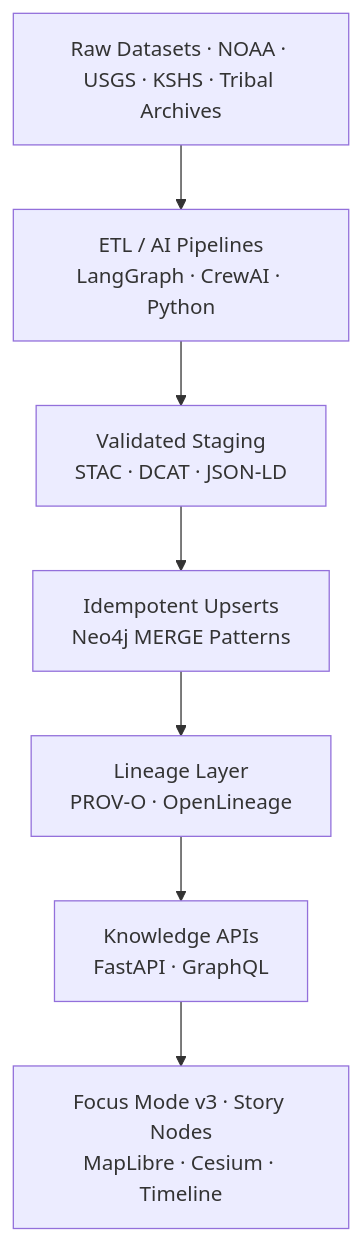
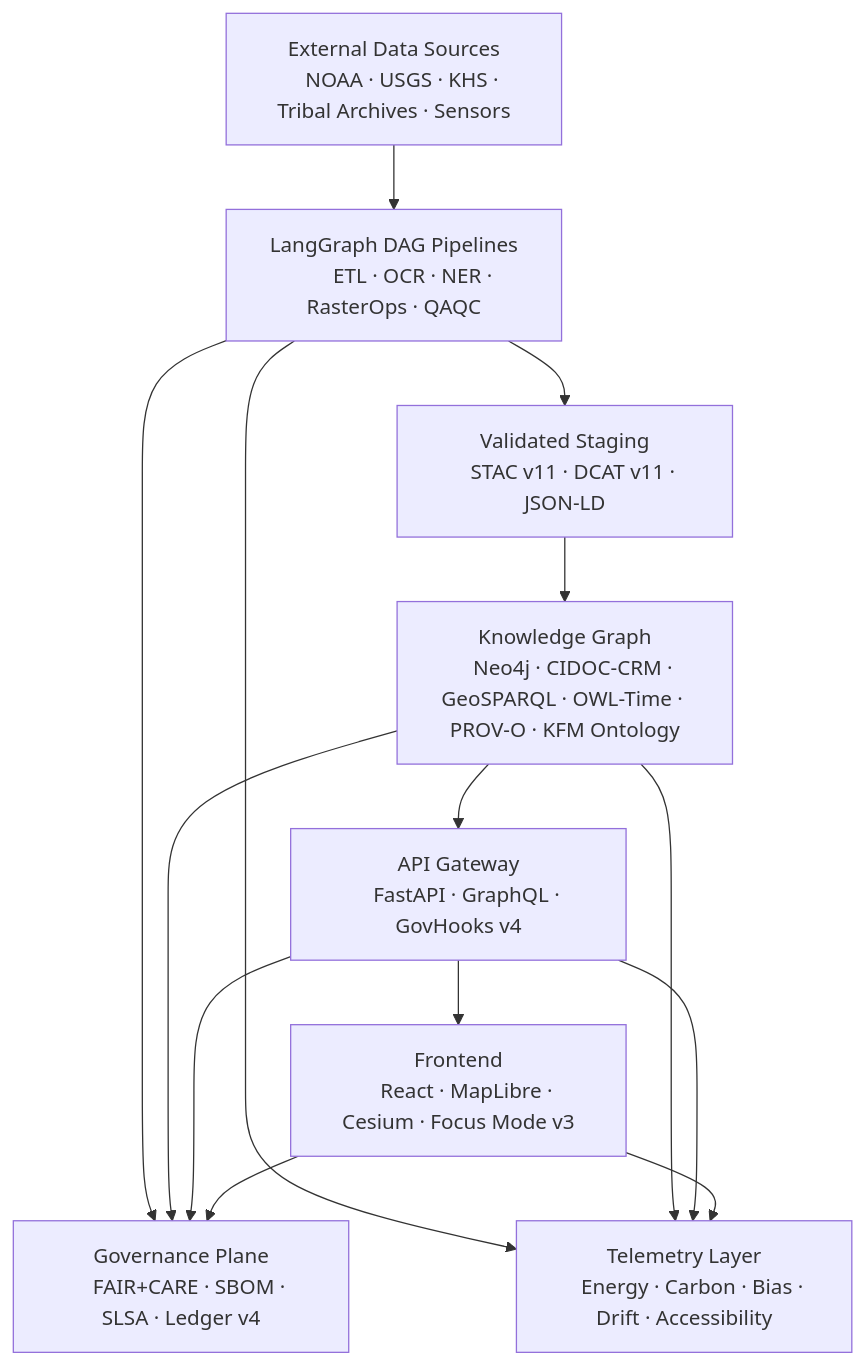
The first of 5 diagrams in ARCHITECTURE.md (bartytime4life/Kansas-Frontier-Matrix), drawn with Mermaid before and after one commit. The commit also changed other lines of this file, not shown here.

````diff
--- a/ARCHITECTURE.md
+++ b/ARCHITECTURE.md
@@ -144,9 +118,33 @@
-~~~mermaid
-graph TD
-  A[Raw Datasets · NOAA · USGS · KSHS · Tribal Archives] --> B[ETL / AI Pipelines<br/>LangGraph · CrewAI · Python]
-  B --> C[Validated Staging<br/>STAC · DCAT · JSON-LD]
-  C --> D[Idempotent Upserts<br/>Neo4j MERGE Patterns]
-  D --> E[Lineage Layer<br/>PROV-O · OpenLineage]
-  E --> F[Knowledge APIs<br/>FastAPI · GraphQL]
-  F --> G[Focus Mode v3 · Story Nodes<br/>MapLibre · Cesium · Timeline]
-~~~
+```mermaid
+flowchart TD
+    A["External Data Sources
+    NOAA · USGS · KHS · Tribal Archives · Sensors"]
+        --> B["LangGraph DAG Pipelines
+        ETL · OCR · NER · RasterOps · QAQC"]
+
+    B --> C["Validated Staging
+    STAC v11 · DCAT v11 · JSON-LD"]
+
+    C --> D["Knowledge Graph
+    Neo4j · CIDOC-CRM · GeoSPARQL · OWL-Time · PROV-O · KFM Ontology"]
+
+    D --> E["API Gateway
+    FastAPI · GraphQL · GovHooks v4"]
+
+    E --> F["Frontend
+    React · MapLibre · Cesium · Focus Mode v3"]
+
+    %% Governance Plane
+    B --> G["Governance Plane
+    FAIR+CARE · SBOM · SLSA · Ledger v4"]
+    D --> G
+    E --> G
+    F --> G
+
+    %% Telemetry
+    B --> H["Telemetry Layer
+    Energy · Carbon · Bias · Drift · Accessibility"]
+    D --> H
+    E --> H
+    F --> H
+```
````
